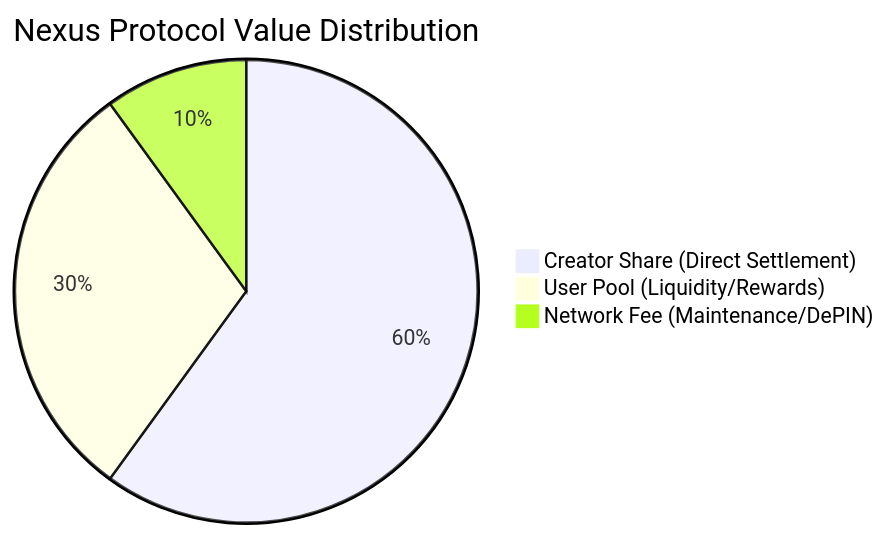
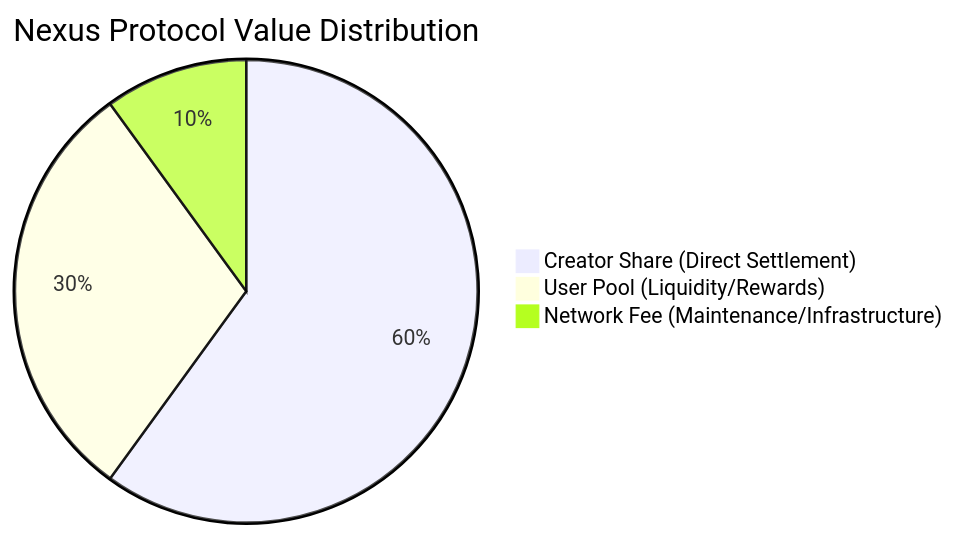
The diagram in docs/ECONOMICS.md (arhantbarmate/nexus-core), drawn with Mermaid before and after one commit. The commit also changed other lines of this file and 225 other files, not shown here.

````diff
--- a/docs/ECONOMICS.md
+++ b/docs/ECONOMICS.md
@@ -10,6 +11,6 @@
 ```mermaid
 pie title Nexus Protocol Value Distribution
     "Creator Share (Direct Settlement)" : 60
     "User Pool (Liquidity/Rewards)" : 30
-    "Network Fee (Maintenance/DePIN)" : 10
+    "Network Fee (Maintenance/Infrastructure)" : 10
 ```
````
